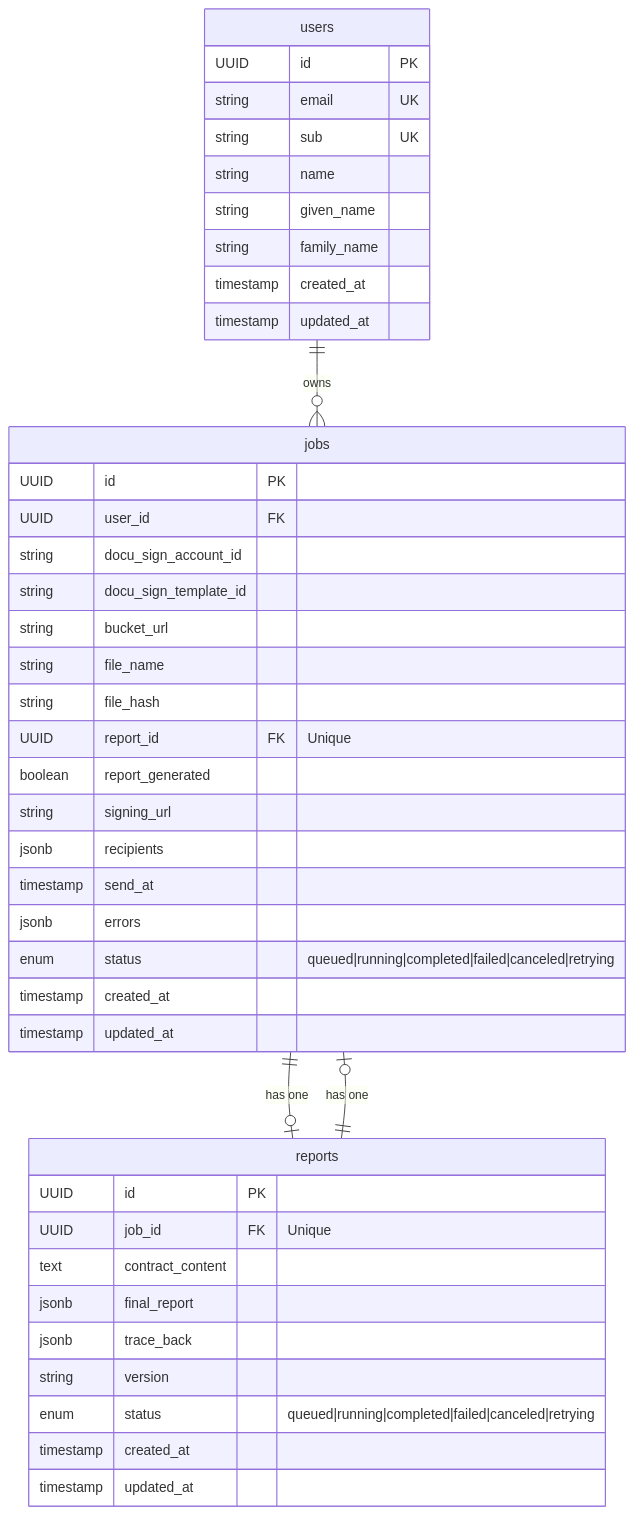
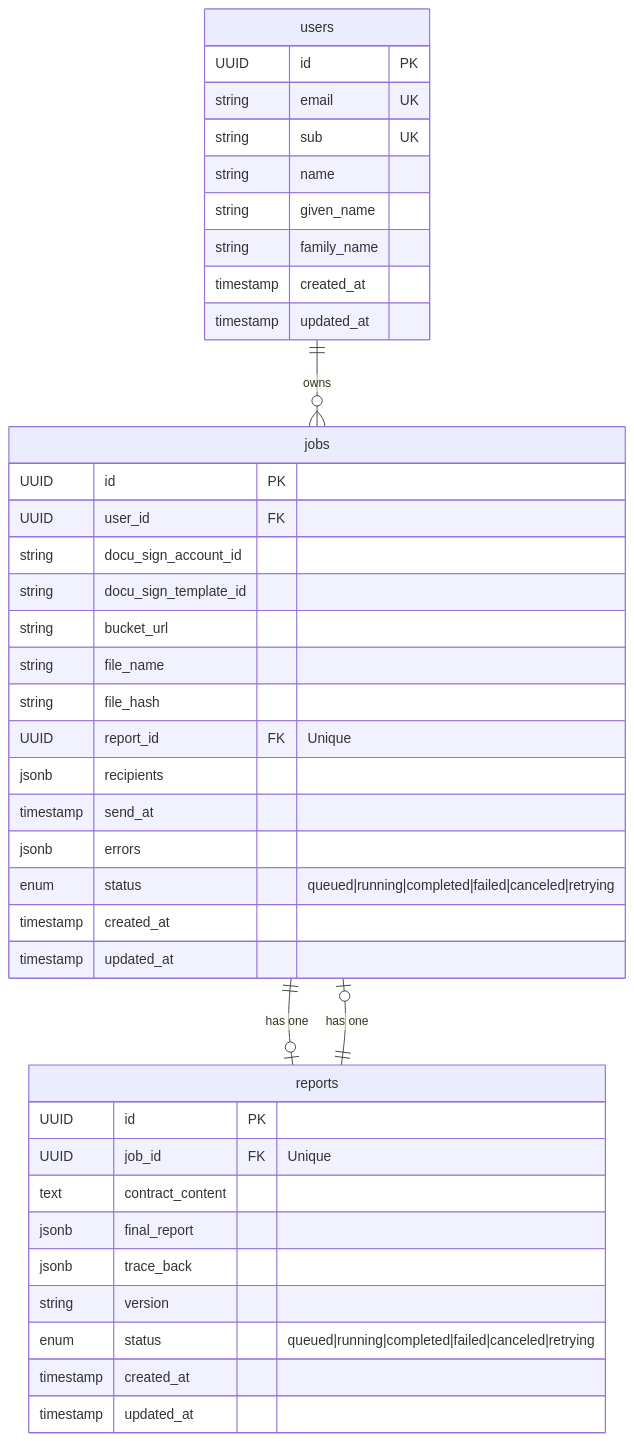
Before and after one commit to eandf/DocuInsight: the diagram in api/assets/database/diagram.mmd, drawn with Mermaid. The commit also changed 2 other files, not shown here.

```diff
--- a/api/assets/database/diagram.mmd
+++ b/api/assets/database/diagram.mmd
@@ -1,46 +1,44 @@
 erDiagram
     users ||--o{ jobs : "owns"
     jobs ||--o| reports : "has one"
     reports ||--o| jobs : "has one"
     
     users {
         UUID id PK
         string email UK
         string sub UK
         string name
         string given_name
         string family_name
         timestamp created_at
         timestamp updated_at
     }
     
     jobs {
         UUID id PK
         UUID user_id FK
         string docu_sign_account_id
         string docu_sign_template_id
         string bucket_url
         string file_name
         string file_hash
         UUID report_id FK "Unique"
-        boolean report_generated
-        string signing_url
         jsonb recipients
         timestamp send_at
         jsonb errors
         enum status "queued|running|completed|failed|canceled|retrying"
         timestamp created_at
         timestamp updated_at
     }
     
     reports {
         UUID id PK
         UUID job_id FK "Unique"
         text contract_content
         jsonb final_report
         jsonb trace_back
         string version
         enum status "queued|running|completed|failed|canceled|retrying"
         timestamp created_at
         timestamp updated_at
     }
```
